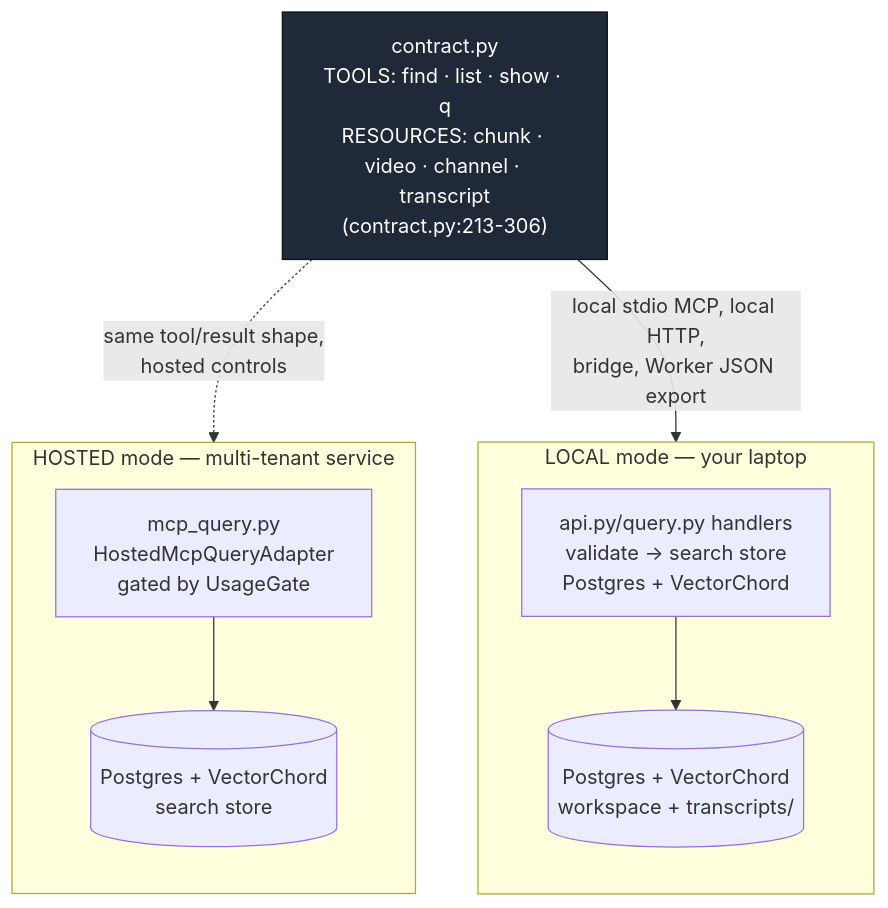
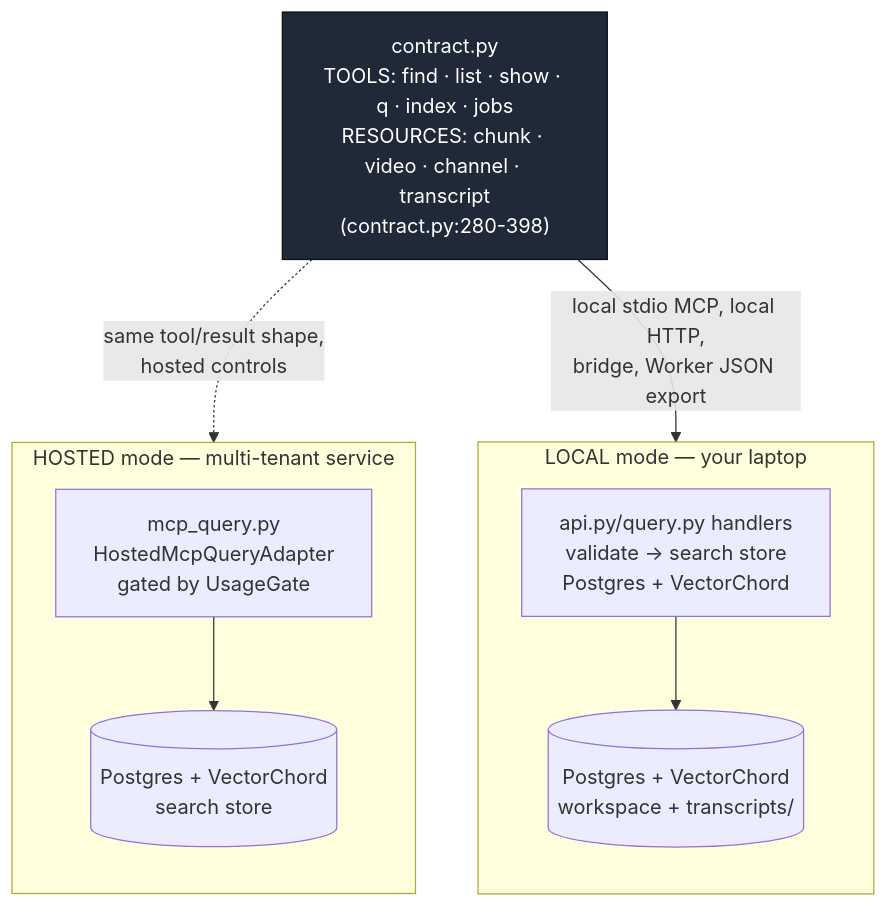
The first of 2 diagrams in docs/architecture/README.md (MaskyS/yutome), drawn with Mermaid before and after one commit. The commit also changed other lines of this file and 7 other files, not shown here.

First line of the commit message:
docs: refresh CLI/query/architecture docs against the real command surface

````diff
--- a/docs/architecture/README.md
+++ b/docs/architecture/README.md
@@ -29,24 +29,24 @@
 ```mermaid
 flowchart TB
-    contract["contract.py<br/>TOOLS: find · list · show · q<br/>RESOURCES: chunk · video · channel · transcript<br/>(contract.py:213-306)"]
+    contract["contract.py<br/>TOOLS: find · list · show · q · index · jobs<br/>RESOURCES: chunk · video · channel · transcript<br/>(contract.py:280-398)"]
 
     subgraph local["LOCAL mode — your laptop"]
         direction TB
         engine["api.py/query.py handlers<br/>validate → search store<br/>Postgres + VectorChord"]
         localstore[("Postgres + VectorChord<br/>workspace + transcripts/")]
         engine --> localstore
     end
 
     subgraph hosted["HOSTED mode — multi-tenant service"]
         direction TB
         adapter["mcp_query.py<br/>HostedMcpQueryAdapter<br/>gated by UsageGate"]
         pg[("Postgres + VectorChord<br/>search store")]
         adapter --> pg
     end
 
     contract -->|"local stdio MCP, local HTTP,<br/>bridge, Worker JSON export"| engine
     contract -.->|"same tool/result shape,<br/>hosted controls"| adapter
 
     classDef spine fill:#1f2937,color:#fff,stroke:#111;
     class contract spine;
 ```
````
